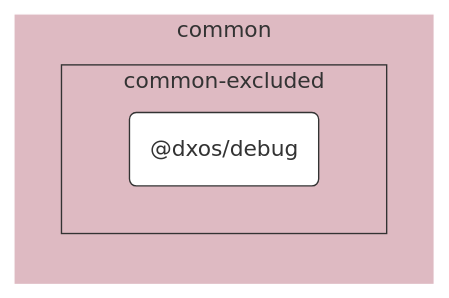
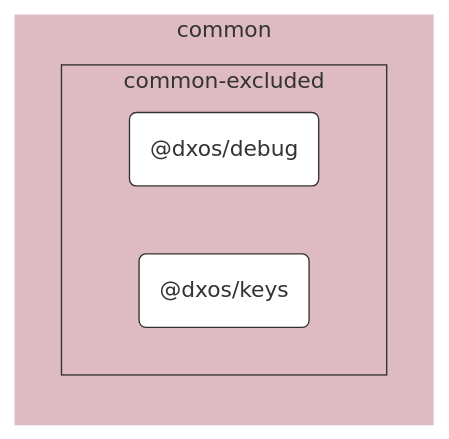
Before and after one commit to dxos/dxos: the diagram in packages/common/debug/docs/README.md, drawn with Mermaid. The commit also changed 69 other files, not shown here.

````diff
--- a/packages/common/debug/docs/README.md
+++ b/packages/common/debug/docs/README.md
@@ -7,24 +7,26 @@
 ```mermaid
 %%{ init: {'flowchart':{'curve':'basis'}} }%%
 
 flowchart LR
 
 %% Classes
 classDef def fill:#fff,stroke:#333,stroke-width:1px
 classDef root fill:#fff,stroke:#333,stroke-width:4px
 
 %% Nodes
 
 subgraph common [common]
   style common fill:#debac2,stroke:#fff
 
   subgraph common-excluded [common-excluded]
     style common-excluded fill:#debac2,stroke:#333,stroke-dashed:5 5
     dxos/debug("@dxos/debug"):::def
     click dxos/debug "dxos/dxos/tree/main/packages/common/debug/docs"
+    dxos/keys("@dxos/keys"):::def
+    click dxos/keys "dxos/dxos/tree/main/packages/common/keys/docs"
   end
 end
 
 %% Links
 linkStyle default stroke:#333,stroke-width:1px
 ```
````
